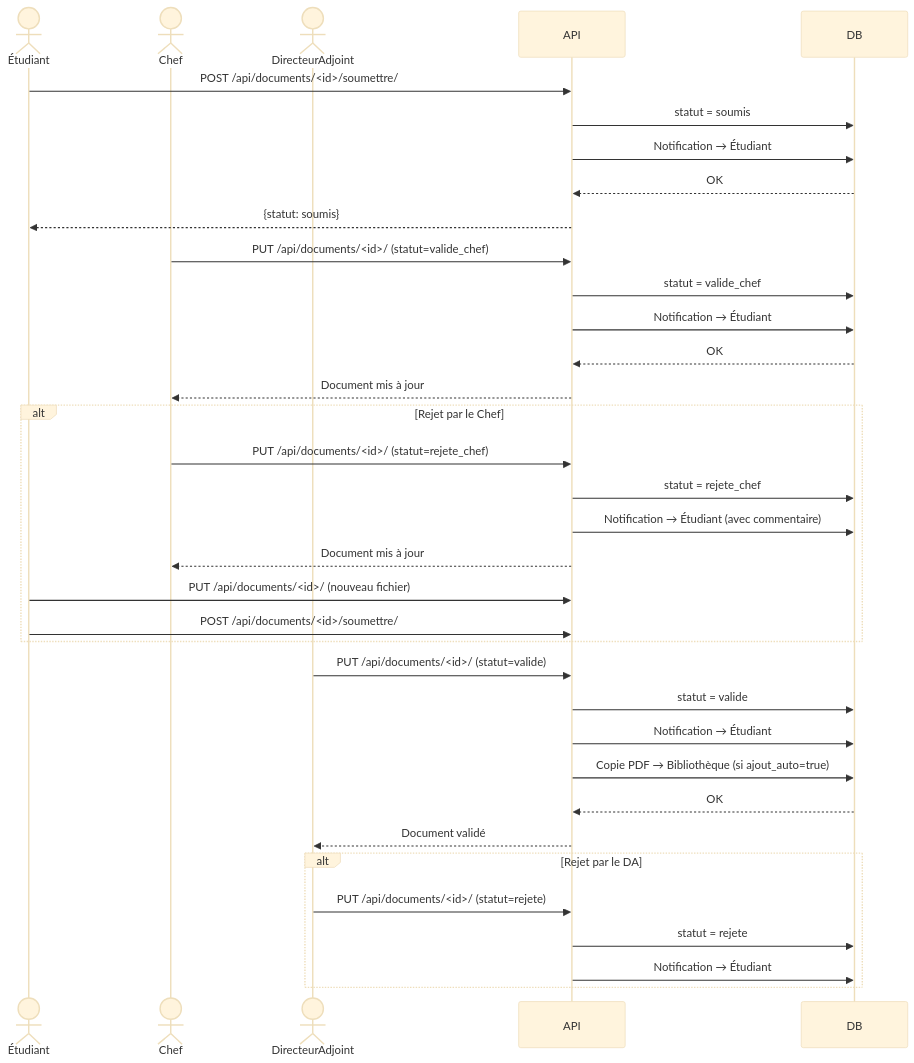
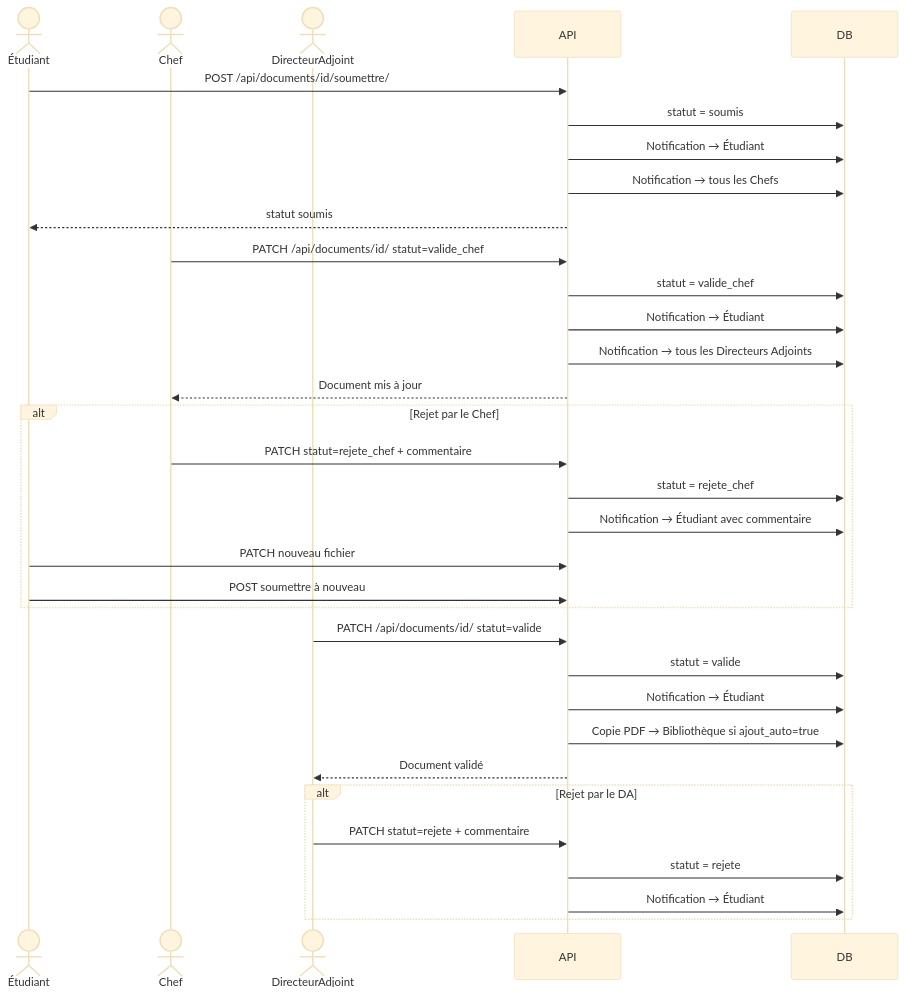
One commit to delfa25/anti-plagiat changed the seventh of 8 diagrams in DIAGRAMMES.md. Above: the diagram before and after it, drawn with Mermaid (base theme). The commit also changed other lines of this file and 1 other file, not shown here.

Commit message:
docs: suppression doublons DIAGRAMMES.md, reorganisation RAPPORT_NOTES.md

````diff
--- a/DIAGRAMMES.md
+++ b/DIAGRAMMES.md
@@ -236,42 +371,40 @@
 ```mermaid
 sequenceDiagram
     actor Étudiant
     actor Chef
     actor DirecteurAdjoint
     participant API
     participant DB
 
-    Étudiant->>API: POST /api/documents/<id>/soumettre/
+    Étudiant->>API: POST /api/documents/id/soumettre/
     API->>DB: statut = soumis
     API->>DB: Notification → Étudiant
-    DB-->>API: OK
-    API-->>Étudiant: {statut: soumis}
+    API->>DB: Notification → tous les Chefs
+    API-->>Étudiant: statut soumis
 
-    Chef->>API: PUT /api/documents/<id>/ (statut=valide_chef)
+    Chef->>API: PATCH /api/documents/id/ statut=valide_chef
     API->>DB: statut = valide_chef
     API->>DB: Notification → Étudiant
-    DB-->>API: OK
+    API->>DB: Notification → tous les Directeurs Adjoints
     API-->>Chef: Document mis à jour
 
     alt Rejet par le Chef
-        Chef->>API: PUT /api/documents/<id>/ (statut=rejete_chef)
+        Chef->>API: PATCH statut=rejete_chef + commentaire
         API->>DB: statut = rejete_chef
-        API->>DB: Notification → Étudiant (avec commentaire)
-        API-->>Chef: Document mis à jour
-        Étudiant->>API: PUT /api/documents/<id>/ (nouveau fichier)
-        Étudiant->>API: POST /api/documents/<id>/soumettre/
+        API->>DB: Notification → Étudiant avec commentaire
+        Étudiant->>API: PATCH nouveau fichier
+        Étudiant->>API: POST soumettre à nouveau
     end
 
-    DirecteurAdjoint->>API: PUT /api/documents/<id>/ (statut=valide)
+    DirecteurAdjoint->>API: PATCH /api/documents/id/ statut=valide
     API->>DB: statut = valide
     API->>DB: Notification → Étudiant
-    API->>DB: Copie PDF → Bibliothèque (si ajout_auto=true)
-    DB-->>API: OK
+    API->>DB: Copie PDF → Bibliothèque si ajout_auto=true
     API-->>DirecteurAdjoint: Document validé
 
     alt Rejet par le DA
-        DirecteurAdjoint->>API: PUT /api/documents/<id>/ (statut=rejete)
+        DirecteurAdjoint->>API: PATCH statut=rejete + commentaire
         API->>DB: statut = rejete
         API->>DB: Notification → Étudiant
     end
 ```
````
